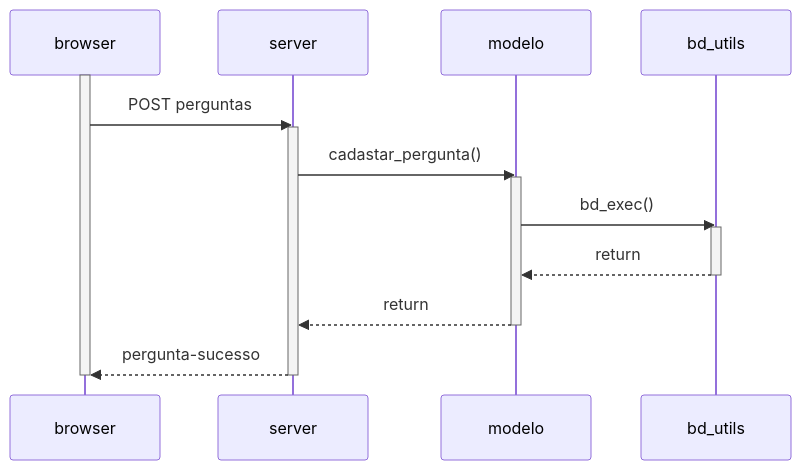
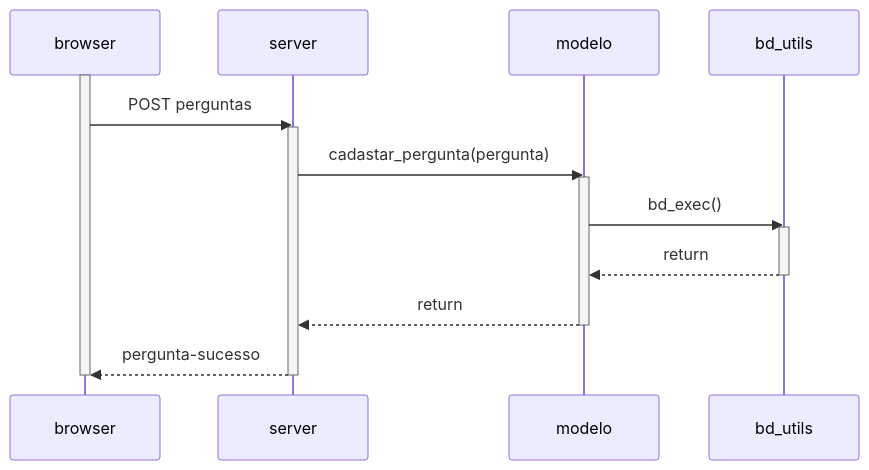
The second of 4 diagrams in docs/uml.md (mtov/esmforum), drawn with Mermaid before and after one commit. The commit also changed other lines of this file, not shown here.

````diff
--- a/docs/uml.md
+++ b/docs/uml.md
@@ -34,17 +34,17 @@
 ```mermaid
     sequenceDiagram
         activate browser
 	browser->>server: POST perguntas 
         activate server
-        server->>modelo: cadastar_pergunta()
+        server->>modelo: cadastar_pergunta(pergunta)
         activate modelo
         modelo->>bd_utils: bd_exec()
         activate bd_utils
         bd_utils-->>modelo: return
         deactivate bd_utils
         modelo-->>server: return
         deactivate modelo
 	server-->>browser: pergunta-sucesso
 	deactivate server
 	deactivate browser
 ```	
````
